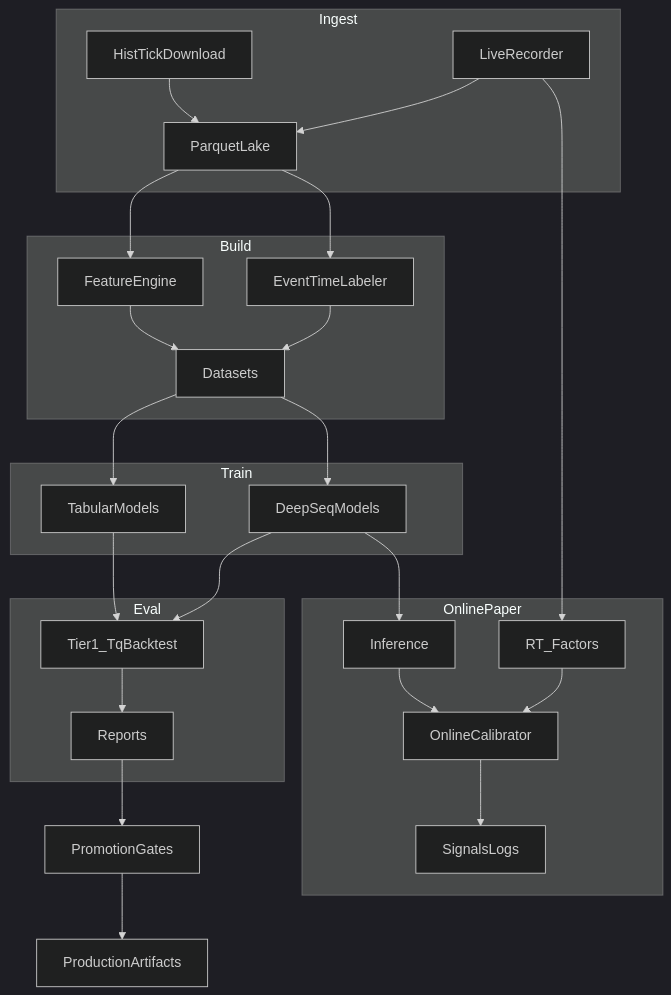
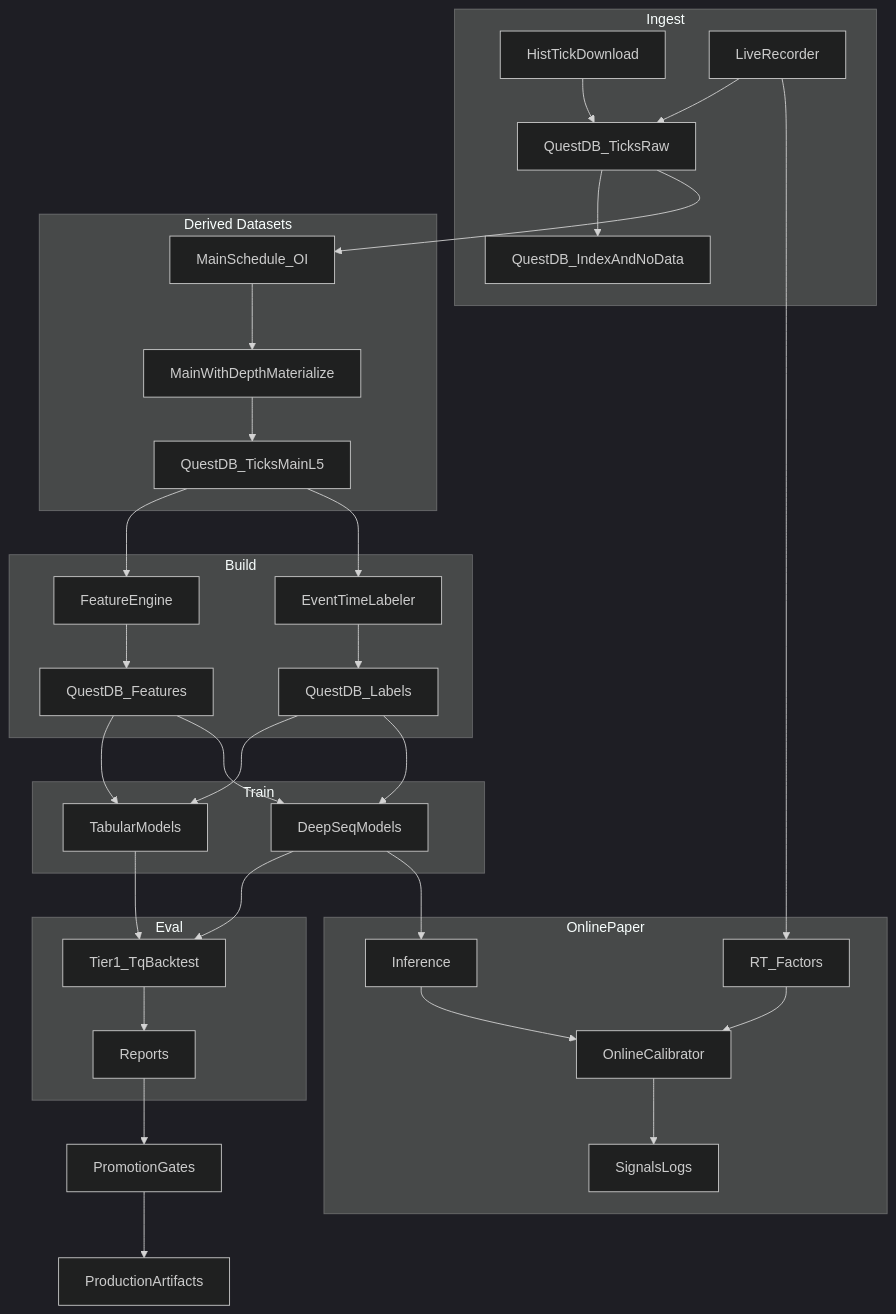
Before and after one commit to WenruiYu/ghTrader: the diagram in PRD.md, drawn with Mermaid (dark theme). The commit also changed other lines of this file and 80 other files, not shown here.

````diff
--- a/PRD.md
+++ b/PRD.md
@@ -821,36 +1770,45 @@
 ```mermaid
 flowchart TD
   subgraph ingest [Ingest]
-    hist[HistTickDownload] --> lake[ParquetLake]
-    live[LiveRecorder] --> lake
+    hist[HistTickDownload] --> qdbTicks[QuestDB_TicksRaw]
+    live[LiveRecorder] --> qdbTicks
+    qdbTicks --> idx[QuestDB_IndexAndNoData]
+  end
+
+  subgraph derived [Derived Datasets]
+    qdbTicks --> schedule[MainSchedule_OI]
+    schedule --> mainL5[MainWithDepthMaterialize]
+    mainL5 --> qdbMain[QuestDB_TicksMainL5]
   end
 
   subgraph build [Build]
-    lake --> feat[FeatureEngine]
-    lake --> label[EventTimeLabeler]
-    feat --> ds[Datasets]
-    label --> ds
+    qdbMain --> feat[FeatureEngine]
+    qdbMain --> label[EventTimeLabeler]
+    feat --> qdbFeat[QuestDB_Features]
+    label --> qdbLabel[QuestDB_Labels]
   end
 
   subgraph train [Train]
-    ds --> tab[TabularModels]
-    ds --> deep[DeepSeqModels]
+    qdbFeat --> tab[TabularModels]
+    qdbLabel --> tab
+    qdbFeat --> deep[DeepSeqModels]
+    qdbLabel --> deep
   end
 
   subgraph eval [Eval]
     tab --> bt[Tier1_TqBacktest]
     deep --> bt
     bt --> rep[Reports]
   end
 
   subgraph online [OnlinePaper]
     live --> rtFeat[RT_Factors]
     deep --> infer[Inference]
     rtFeat --> calib[OnlineCalibrator]
     infer --> calib
     calib --> sig[SignalsLogs]
   end
 
   rep --> gates[PromotionGates]
   gates --> prod[ProductionArtifacts]
 ```
````
